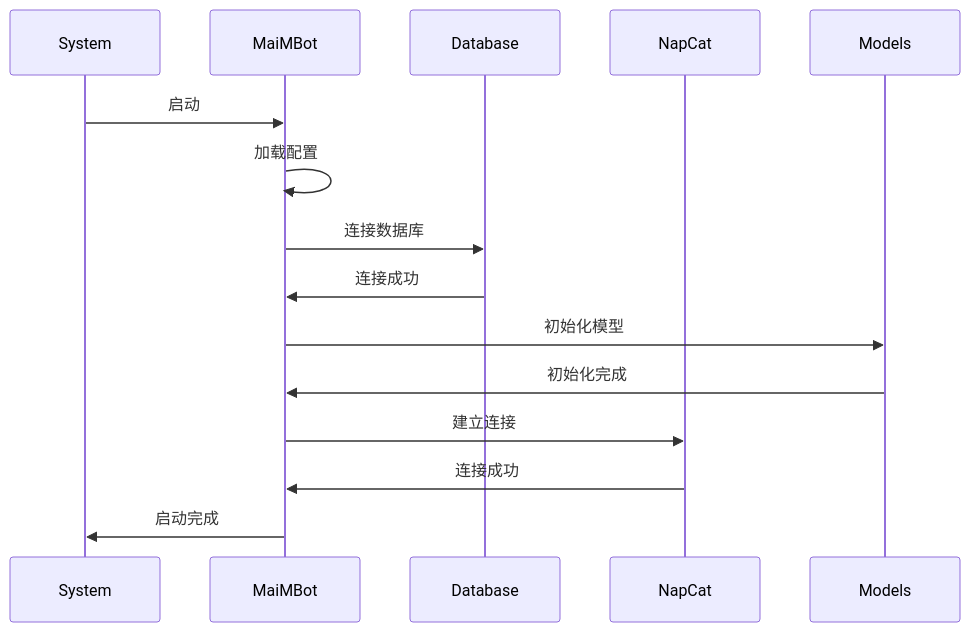
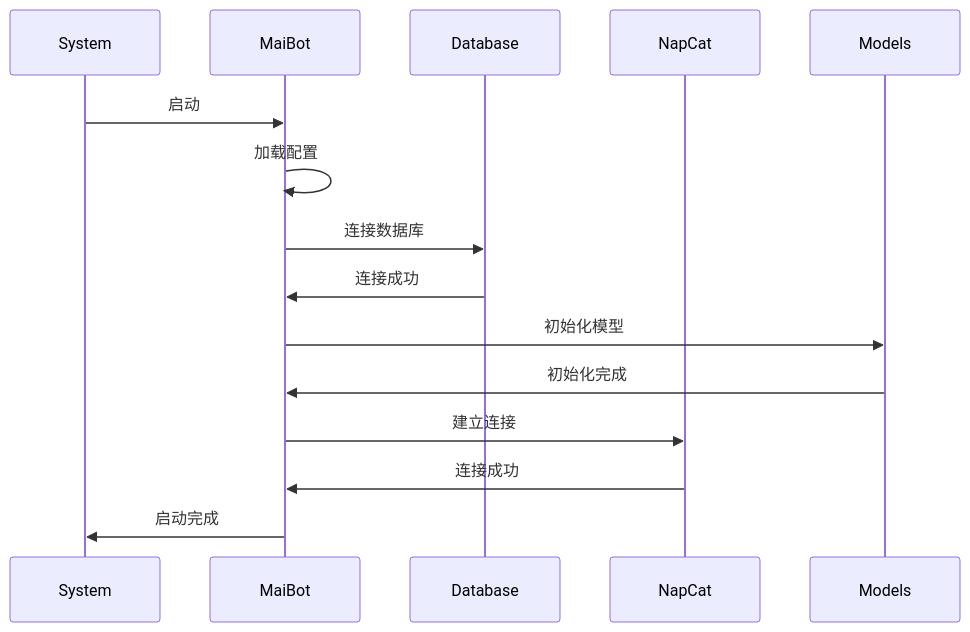
One commit to MaiM-with-u/docs changed the third of 3 diagrams in develop/structure/index_bak.md. Above: the diagram before and after it, drawn with Mermaid. The commit also changed other lines of this file and 21 other files, not shown here.

````diff
--- a/develop/structure/index_bak.md
+++ b/develop/structure/index_bak.md
@@ -185,18 +185,18 @@
 ```mermaid
 sequenceDiagram
     participant System
-    participant MaiMBot
+    participant MaiBot
     participant Database
     participant NapCat
     participant Models
     
-    System->>MaiMBot: 启动
-    MaiMBot->>MaiMBot: 加载配置
-    MaiMBot->>Database: 连接数据库
-    Database->>MaiMBot: 连接成功
-    MaiMBot->>Models: 初始化模型
-    Models->>MaiMBot: 初始化完成
-    MaiMBot->>NapCat: 建立连接
-    NapCat->>MaiMBot: 连接成功
-    MaiMBot->>System: 启动完成
+    System->>MaiBot: 启动
+    MaiBot->>MaiBot: 加载配置
+    MaiBot->>Database: 连接数据库
+    Database->>MaiBot: 连接成功
+    MaiBot->>Models: 初始化模型
+    Models->>MaiBot: 初始化完成
+    MaiBot->>NapCat: 建立连接
+    NapCat->>MaiBot: 连接成功
+    MaiBot->>System: 启动完成
 ```
````
